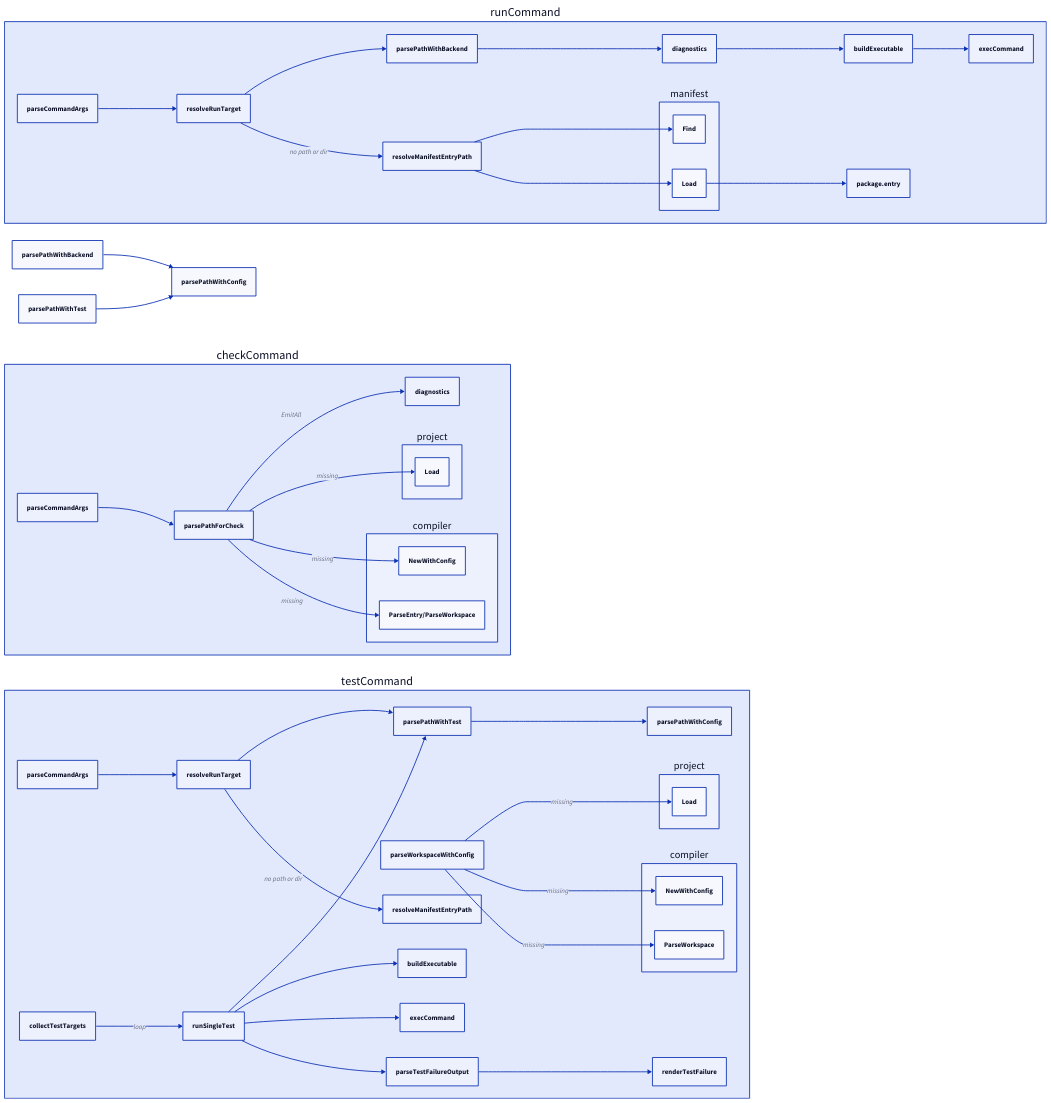
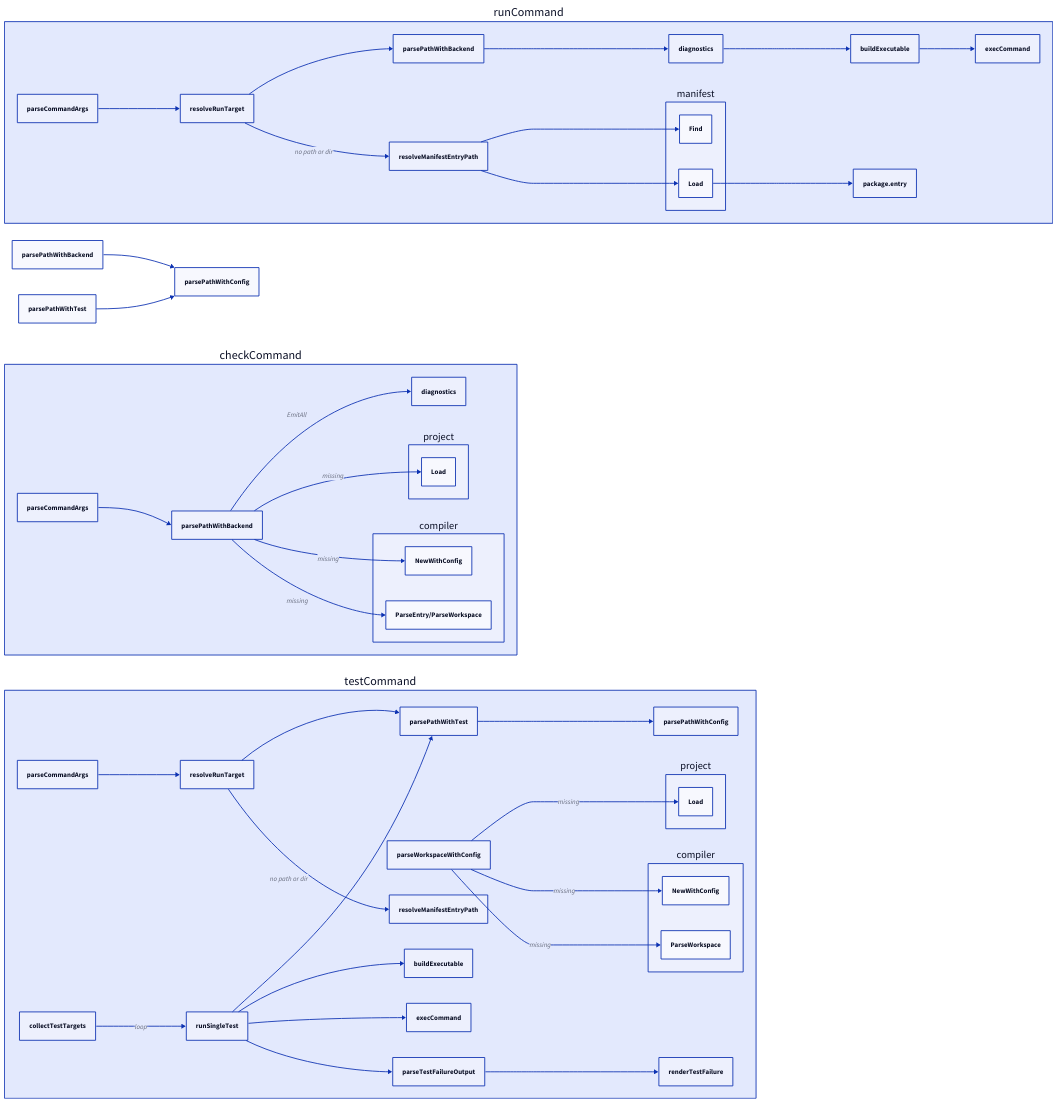
The diagram in docs/diagrams/cli-flow-detailed.d2 (PeeperLanguage/compiler), drawn with D2 before and after one commit. The commit also changed 13 other files, not shown here.

```diff
--- a/docs/diagrams/cli-flow-detailed.d2
+++ b/docs/diagrams/cli-flow-detailed.d2
@@ -1,61 +1,61 @@
 direction: right
 
 runCommand: {
   parseCommandArgs
   resolveRunTarget
   parsePathWithBackend
   diagnostics
   buildExecutable
   execCommand
 
   parseCommandArgs -> resolveRunTarget
   resolveRunTarget -> parsePathWithBackend
   parsePathWithBackend -> diagnostics
   diagnostics -> buildExecutable
   buildExecutable -> execCommand
 
   resolveRunTarget -> resolveManifestEntryPath: "no path or dir"
   resolveManifestEntryPath -> manifest.Find
   resolveManifestEntryPath -> manifest.Load
   manifest.Load -> "package.entry"
 }
 
 testCommand: {
   parseCommandArgs
   resolveRunTarget
   parsePathWithTest
   parseWorkspaceWithConfig
   collectTestTargets
   runSingleTest
 
   parseCommandArgs -> resolveRunTarget
   resolveRunTarget -> parsePathWithTest
   resolveRunTarget -> resolveManifestEntryPath: "no path or dir"
 
   parsePathWithTest -> parsePathWithConfig
   parseWorkspaceWithConfig -> project.Load: "missing"
   parseWorkspaceWithConfig -> compiler.NewWithConfig: "missing"
   parseWorkspaceWithConfig -> compiler.ParseWorkspace: "missing"
 
   collectTestTargets -> runSingleTest: "loop"
   runSingleTest -> parsePathWithTest
   runSingleTest -> buildExecutable
   runSingleTest -> execCommand
   runSingleTest -> parseTestFailureOutput
   parseTestFailureOutput -> renderTestFailure
 }
 
 checkCommand: {
   parseCommandArgs
-  parsePathForCheck
+  parsePathWithBackend
   diagnostics
 
-  parseCommandArgs -> parsePathForCheck
-  parsePathForCheck -> diagnostics: "EmitAll"
-  parsePathForCheck -> project.Load: "missing"
-  parsePathForCheck -> compiler.NewWithConfig: "missing"
-  parsePathForCheck -> compiler.ParseEntry/ParseWorkspace: "missing"
+  parseCommandArgs -> parsePathWithBackend
+  parsePathWithBackend -> diagnostics: "EmitAll"
+  parsePathWithBackend -> project.Load: "missing"
+  parsePathWithBackend -> compiler.NewWithConfig: "missing"
+  parsePathWithBackend -> compiler.ParseEntry/ParseWorkspace: "missing"
 }
 
 parsePathWithBackend -> parsePathWithConfig
 parsePathWithTest -> parsePathWithConfig
```
